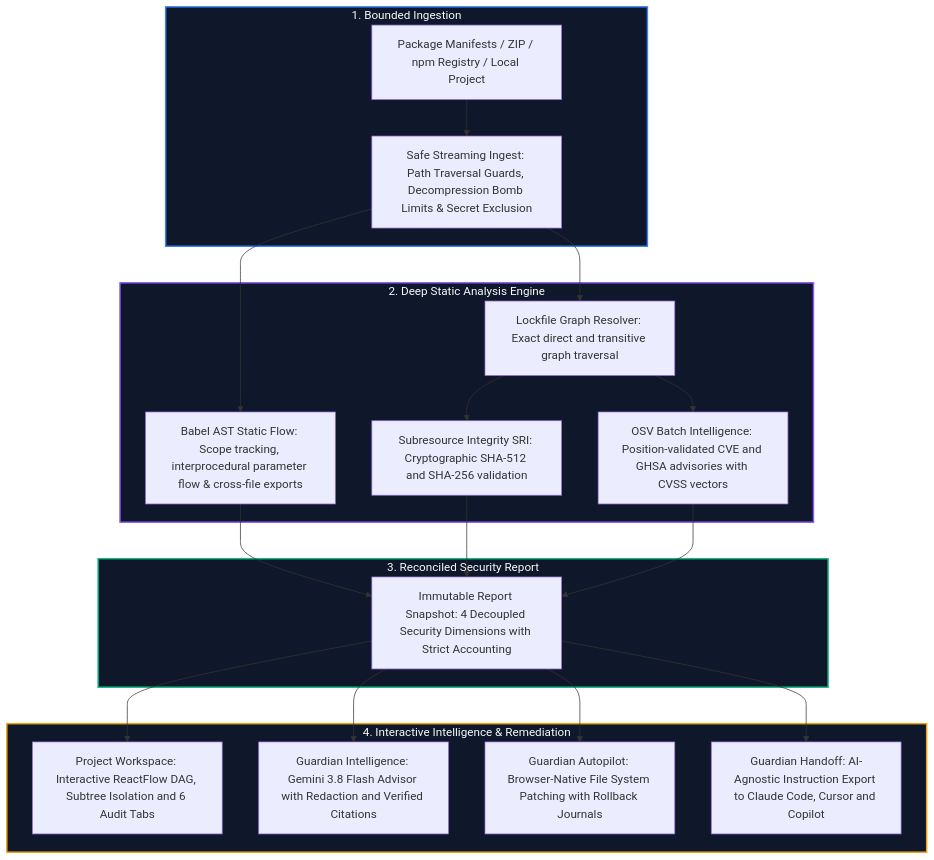
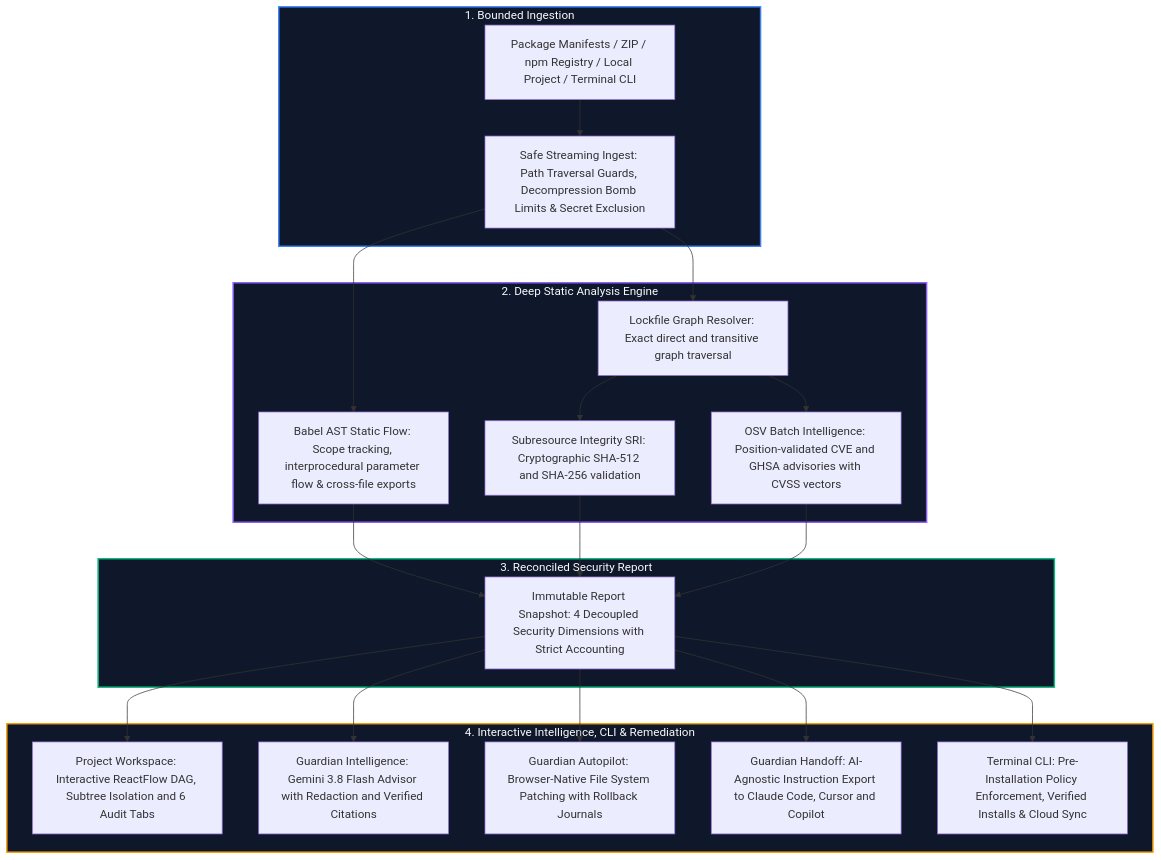
Before and after one commit to Daksh-Aggarwal/Guardian: the first of 4 diagrams in README.md, drawn with Mermaid. The commit also changed other lines of this file and 3 other files, not shown here.

Commit message:
docs: add documentation and screenshots for CLI and cloud sync features

````diff
--- a/README.md
+++ b/README.md
@@ -47,29 +51,30 @@
 ```mermaid
 flowchart TD
     subgraph INGEST["1. Bounded Ingestion"]
-        A["Package Manifests / ZIP / npm Registry / Local Project"] --> B["Safe Streaming Ingest: Path Traversal Guards, Decompression Bomb Limits & Secret Exclusion"]
+        A["Package Manifests / ZIP / npm Registry / Local Project / Terminal CLI"] --> B["Safe Streaming Ingest: Path Traversal Guards, Decompression Bomb Limits & Secret Exclusion"]
     end
 
     subgraph ENGINE["2. Deep Static Analysis Engine"]
         B --> C["Babel AST Static Flow: Scope tracking, interprocedural parameter flow & cross-file exports"]
         B --> D["Lockfile Graph Resolver: Exact direct and transitive graph traversal"]
         D --> E["Subresource Integrity SRI: Cryptographic SHA-512 and SHA-256 validation"]
         D --> F["OSV Batch Intelligence: Position-validated CVE and GHSA advisories with CVSS vectors"]
     end
 
     subgraph REPORT["3. Reconciled Security Report"]
         C & E & F --> G["Immutable Report Snapshot: 4 Decoupled Security Dimensions with Strict Accounting"]
     end
 
-    subgraph ACTIONS["4. Interactive Intelligence & Remediation"]
+    subgraph ACTIONS["4. Interactive Intelligence, CLI & Remediation"]
         G --> H["Project Workspace: Interactive ReactFlow DAG, Subtree Isolation and 6 Audit Tabs"]
         G --> I["Guardian Intelligence: Gemini 3.8 Flash Advisor with Redaction and Verified Citations"]
         G --> J["Guardian Autopilot: Browser-Native File System Patching with Rollback Journals"]
         G --> K["Guardian Handoff: AI-Agnostic Instruction Export to Claude Code, Cursor and Copilot"]
+        G --> L["Terminal CLI: Pre-Installation Policy Enforcement, Verified Installs & Cloud Sync"]
     end
 
     style INGEST fill:#0f172a,stroke:#3b82f6,stroke-width:2px,color:#f8fafc
     style ENGINE fill:#0f172a,stroke:#8b5cf6,stroke-width:2px,color:#f8fafc
     style REPORT fill:#0f172a,stroke:#10b981,stroke-width:2px,color:#f8fafc
     style ACTIONS fill:#0f172a,stroke:#f59e0b,stroke-width:2px,color:#f8fafc
 ```
````
